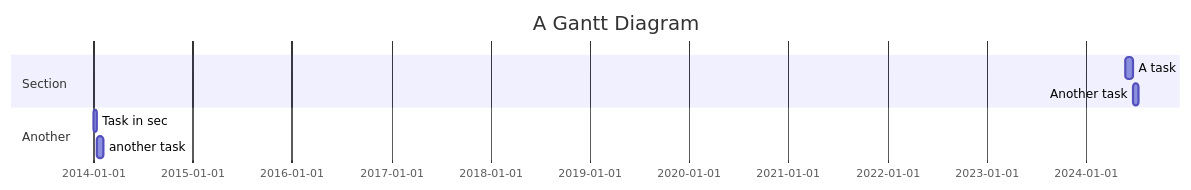
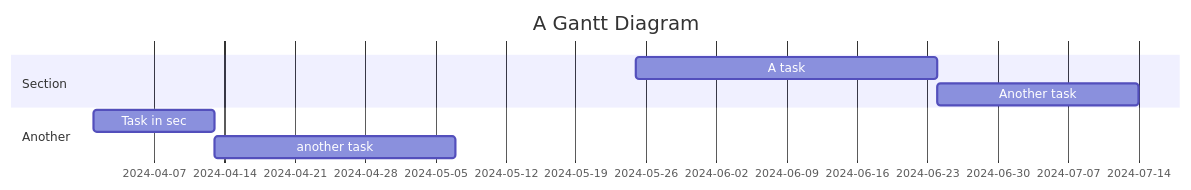
One commit to kenjinote/kenji.blog changed the second of 2 diagrams in content/posts/mermaid.jsを試してみる/index.md. Above: the diagram before and after it, drawn with Mermaid. The commit also changed other lines of this file, not shown here.

Commit message:
記事更新(mermaid)

```diff
--- a/content/posts/mermaid.jsを試してみる/index.md
+++ b/content/posts/mermaid.jsを試してみる/index.md
@@ -89,11 +90,11 @@
 {{<mermaid align="center">}}
 gantt
     title A Gantt Diagram
     dateFormat  YYYY-MM-DD
     section Section
     A task           :a1, 2024-05-25, 30d
     Another task     :after a1  , 20d
     section Another
-    Task in sec      :2014-01-01  , 12d
+    Task in sec      :2024-04-01  , 12d
     another task      : 24d
 {{</mermaid>}}
```
